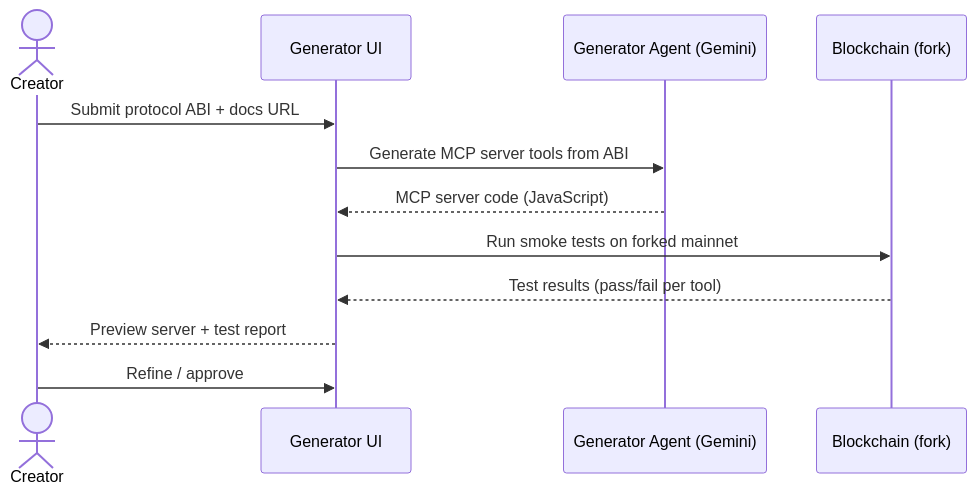
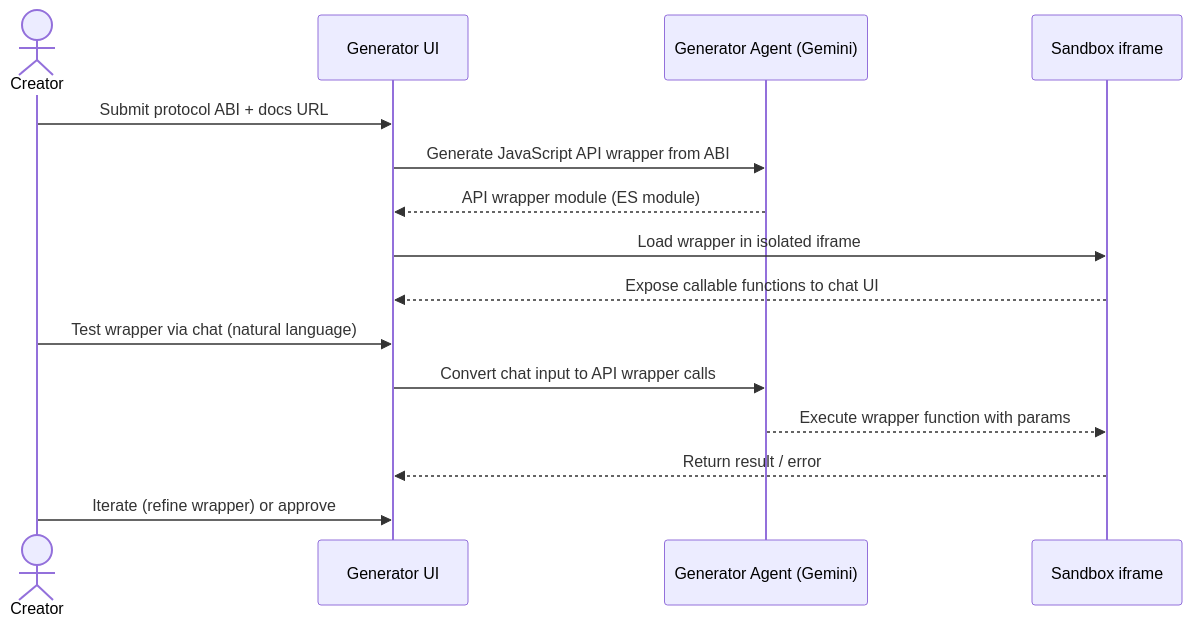
Before and after one commit to imajus/cryptopus: the first of 3 diagrams in docs/Requirements.md, drawn with Mermaid. The commit also changed other lines of this file, not shown here.

Commit message:
Redesign generation flow: produce JS API wrapper first, test via sandboxed iframe and chat UI.

````diff
--- a/docs/Requirements.md
+++ b/docs/Requirements.md
@@ -38,15 +38,18 @@
 ```mermaid
 sequenceDiagram
     actor Creator
     participant UI as Generator UI
     participant LLM as Generator Agent (Gemini)
-    participant Chain as Blockchain (fork)
+    participant Sandbox as Sandbox iframe
 
     Creator->>UI: Submit protocol ABI + docs URL
-    UI->>LLM: Generate MCP server tools from ABI
-    LLM-->>UI: MCP server code (JavaScript)
-    UI->>Chain: Run smoke tests on forked mainnet
-    Chain-->>UI: Test results (pass/fail per tool)
-    UI-->>Creator: Preview server + test report
-    Creator->>UI: Refine / approve
+    UI->>LLM: Generate JavaScript API wrapper from ABI
+    LLM-->>UI: API wrapper module (ES module)
+    UI->>Sandbox: Load wrapper in isolated iframe
+    Sandbox-->>UI: Expose callable functions to chat UI
+    Creator->>UI: Test wrapper via chat (natural language)
+    UI->>LLM: Convert chat input to API wrapper calls
+    LLM-->>Sandbox: Execute wrapper function with params
+    Sandbox-->>UI: Return result / error
+    Creator->>UI: Iterate (refine wrapper) or approve
 ```
````
